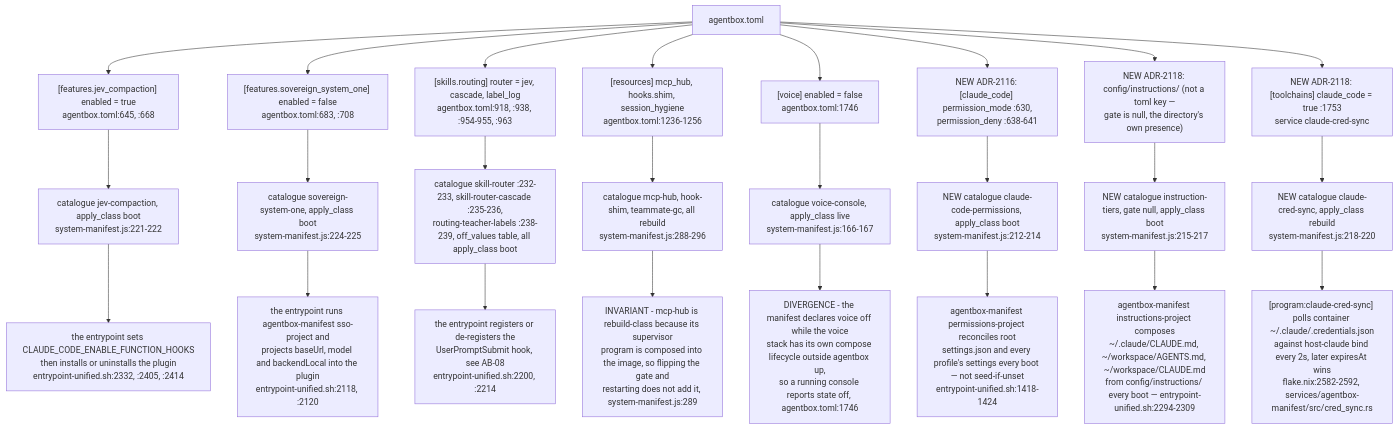
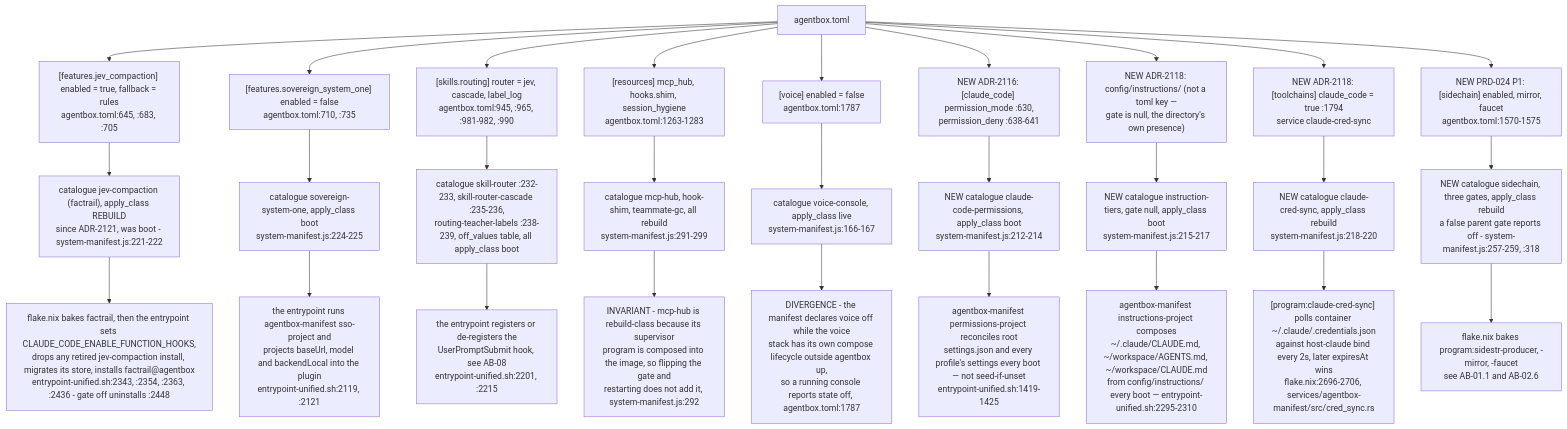
Before and after one commit to DreamLab-AI/VisionFlow: diagram 12 of 14 in docs/diagrams/agentbox/05-manifest-gates-and-cli.md, drawn with Mermaid. The commit also changed other lines of this file and 94 other files, not shown here.

First line of the commit message:
docs(diagrams): re-verify 130 topics against 2 October HEADs

````diff
--- a/docs/diagrams/agentbox/05-manifest-gates-and-cli.md
+++ b/docs/diagrams/agentbox/05-manifest-gates-and-cli.md
@@ -359,30 +359,34 @@
 ```mermaid
 flowchart TB
-    TOML["agentbox.toml"] --> F1["[features.jev_compaction] enabled = true<br/>agentbox.toml:645, :668"]
-    TOML --> F2["[features.sovereign_system_one] enabled = false<br/>agentbox.toml:683, :708"]
-    TOML --> F3["[skills.routing] router = jev, cascade, label_log<br/>agentbox.toml:918, :938, :954-955, :963"]
-    TOML --> F4["[resources] mcp_hub, hooks.shim, session_hygiene<br/>agentbox.toml:1236-1256"]
-    TOML --> F5["[voice] enabled = false<br/>agentbox.toml:1746"]
+    TOML["agentbox.toml"]
+    TOML --> F1["[features.jev_compaction] enabled = true, fallback = rules<br/>agentbox.toml:645, :683, :705"]
+    TOML --> F2["[features.sovereign_system_one] enabled = false<br/>agentbox.toml:710, :735"]
+    TOML --> F3["[skills.routing] router = jev, cascade, label_log<br/>agentbox.toml:945, :965, :981-982, :990"]
+    TOML --> F4["[resources] mcp_hub, hooks.shim, session_hygiene<br/>agentbox.toml:1263-1283"]
+    TOML --> F5["[voice] enabled = false<br/>agentbox.toml:1787"]
     TOML --> F6["NEW ADR-2116: [claude_code] permission_mode :630,<br/>permission_deny :638-641"]
     TOML --> F7["NEW ADR-2118: config/instructions/ (not a toml key —<br/>gate is null, the directory's own presence)"]
-    TOML --> F8["NEW ADR-2118: [toolchains] claude_code = true :1753<br/>service claude-cred-sync"]
+    TOML --> F8["NEW ADR-2118: [toolchains] claude_code = true :1794<br/>service claude-cred-sync"]
+    TOML --> F9["NEW PRD-024 P1: [sidechain] enabled, mirror, faucet<br/>agentbox.toml:1570-1575"]
 
-    F1 --> C1["catalogue jev-compaction, apply_class boot<br/>system-manifest.js:221-222"]
+    F1 --> C1["catalogue jev-compaction (factrail), apply_class REBUILD<br/>since ADR-2121, was boot - system-manifest.js:221-222"]
     F2 --> C2["catalogue sovereign-system-one, apply_class boot<br/>system-manifest.js:224-225"]
     F3 --> C3["catalogue skill-router :232-233, skill-router-cascade :235-236,<br/>routing-teacher-labels :238-239, off_values table, all apply_class boot"]
-    F4 --> C4["catalogue mcp-hub, hook-shim, teammate-gc, all rebuild<br/>system-manifest.js:288-296"]
+    F4 --> C4["catalogue mcp-hub, hook-shim, teammate-gc, all rebuild<br/>system-manifest.js:291-299"]
     F5 --> C5["catalogue voice-console, apply_class live<br/>system-manifest.js:166-167"]
     F6 --> C6["NEW catalogue claude-code-permissions, apply_class boot<br/>system-manifest.js:212-214"]
     F7 --> C7["NEW catalogue instruction-tiers, gate null, apply_class boot<br/>system-manifest.js:215-217"]
     F8 --> C8["NEW catalogue claude-cred-sync, apply_class rebuild<br/>system-manifest.js:218-220"]
+    F9 --> C9["NEW catalogue sidechain, three gates, apply_class rebuild<br/>a false parent gate reports off - system-manifest.js:257-259, :318"]
 
-    C1 --> B1["the entrypoint sets CLAUDE_CODE_ENABLE_FUNCTION_HOOKS<br/>then installs or uninstalls the plugin<br/>entrypoint-unified.sh:2332, :2405, :2414"]
-    C2 --> B2["the entrypoint runs agentbox-manifest sso-project and<br/>projects baseUrl, model and backendLocal into the plugin<br/>entrypoint-unified.sh:2118, :2120"]
-    C3 --> B3["the entrypoint registers or de-registers the<br/>UserPromptSubmit hook, see AB-08<br/>entrypoint-unified.sh:2200, :2214"]
-    C6 --> B6["agentbox-manifest permissions-project reconciles root<br/>settings.json and every profile's settings every boot — not seed-if-unset<br/>entrypoint-unified.sh:1418-1424"]
-    C7 --> B7["agentbox-manifest instructions-project composes<br/>~/.claude/CLAUDE.md, ~/workspace/AGENTS.md, ~/workspace/CLAUDE.md<br/>from config/instructions/ every boot — entrypoint-unified.sh:2294-2309"]
-    C8 --> B8["[program:claude-cred-sync] polls container ~/.claude/.credentials.json<br/>against host-claude bind every 2s, later expiresAt wins<br/>flake.nix:2582-2592, services/agentbox-manifest/src/cred_sync.rs"]
+    C1 --> B1["flake.nix bakes factrail, then the entrypoint sets CLAUDE_CODE_ENABLE_FUNCTION_HOOKS,<br/>drops any retired jev-compaction install, migrates its store, installs factrail@agentbox<br/>entrypoint-unified.sh:2343, :2354, :2363, :2436 - gate off uninstalls :2448"]
+    C2 --> B2["the entrypoint runs agentbox-manifest sso-project and<br/>projects baseUrl, model and backendLocal into the plugin<br/>entrypoint-unified.sh:2119, :2121"]
+    C3 --> B3["the entrypoint registers or de-registers the<br/>UserPromptSubmit hook, see AB-08<br/>entrypoint-unified.sh:2201, :2215"]
+    C6 --> B6["agentbox-manifest permissions-project reconciles root<br/>settings.json and every profile's settings every boot — not seed-if-unset<br/>entrypoint-unified.sh:1419-1425"]
+    C7 --> B7["agentbox-manifest instructions-project composes<br/>~/.claude/CLAUDE.md, ~/workspace/AGENTS.md, ~/workspace/CLAUDE.md<br/>from config/instructions/ every boot — entrypoint-unified.sh:2295-2310"]
+    C9 --> B9["flake.nix bakes program:sidestr-producer, -mirror, -faucet<br/>see AB-01.1 and AB-02.6"]
+    C8 --> B8["[program:claude-cred-sync] polls container ~/.claude/.credentials.json<br/>against host-claude bind every 2s, later expiresAt wins<br/>flake.nix:2696-2706, services/agentbox-manifest/src/cred_sync.rs"]
 
-    C5 --> DIV["DIVERGENCE - the manifest declares voice off while the voice<br/>stack has its own compose lifecycle outside agentbox up,<br/>so a running console reports state off, agentbox.toml:1746"]
-    C4 --> REB["INVARIANT - mcp-hub is rebuild-class because its supervisor<br/>program is composed into the image, so flipping the gate and<br/>restarting does not add it, system-manifest.js:289"]
+    C5 --> DIV["DIVERGENCE - the manifest declares voice off while the voice<br/>stack has its own compose lifecycle outside agentbox up,<br/>so a running console reports state off, agentbox.toml:1787"]
+    C4 --> REB["INVARIANT - mcp-hub is rebuild-class because its supervisor<br/>program is composed into the image, so flipping the gate and<br/>restarting does not add it, system-manifest.js:292"]
 ```
````
